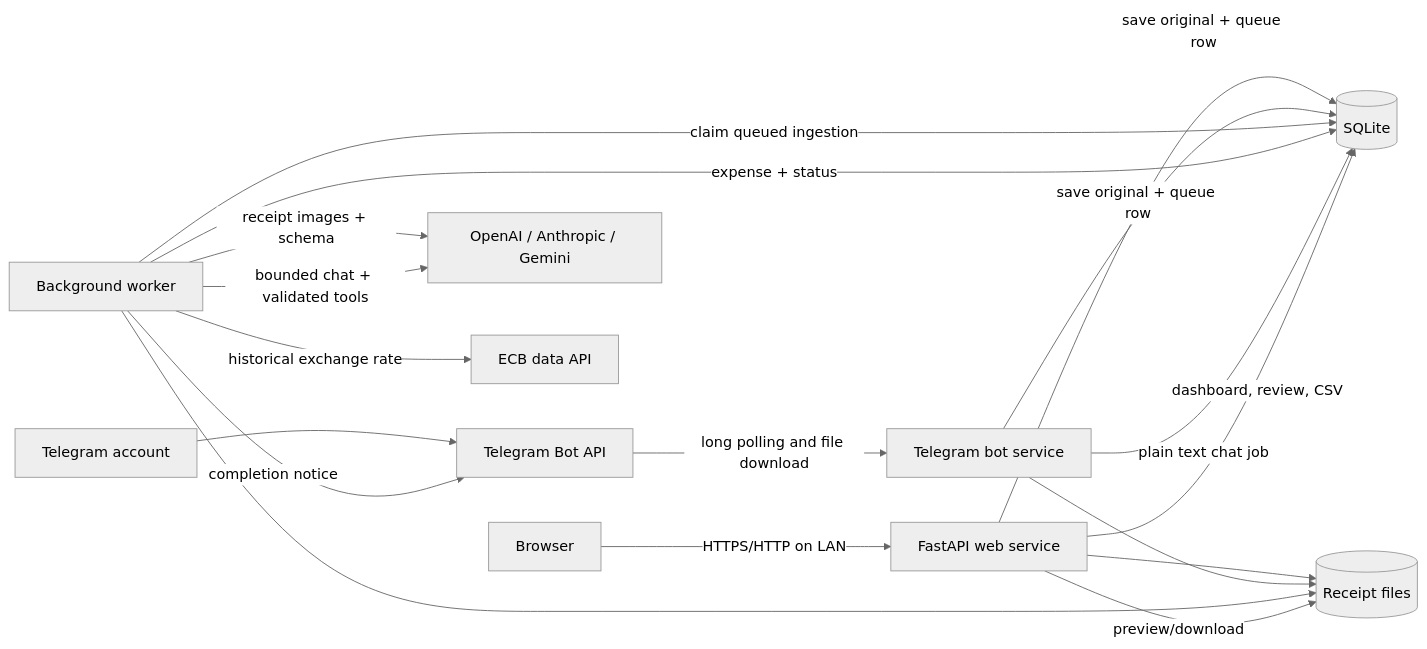
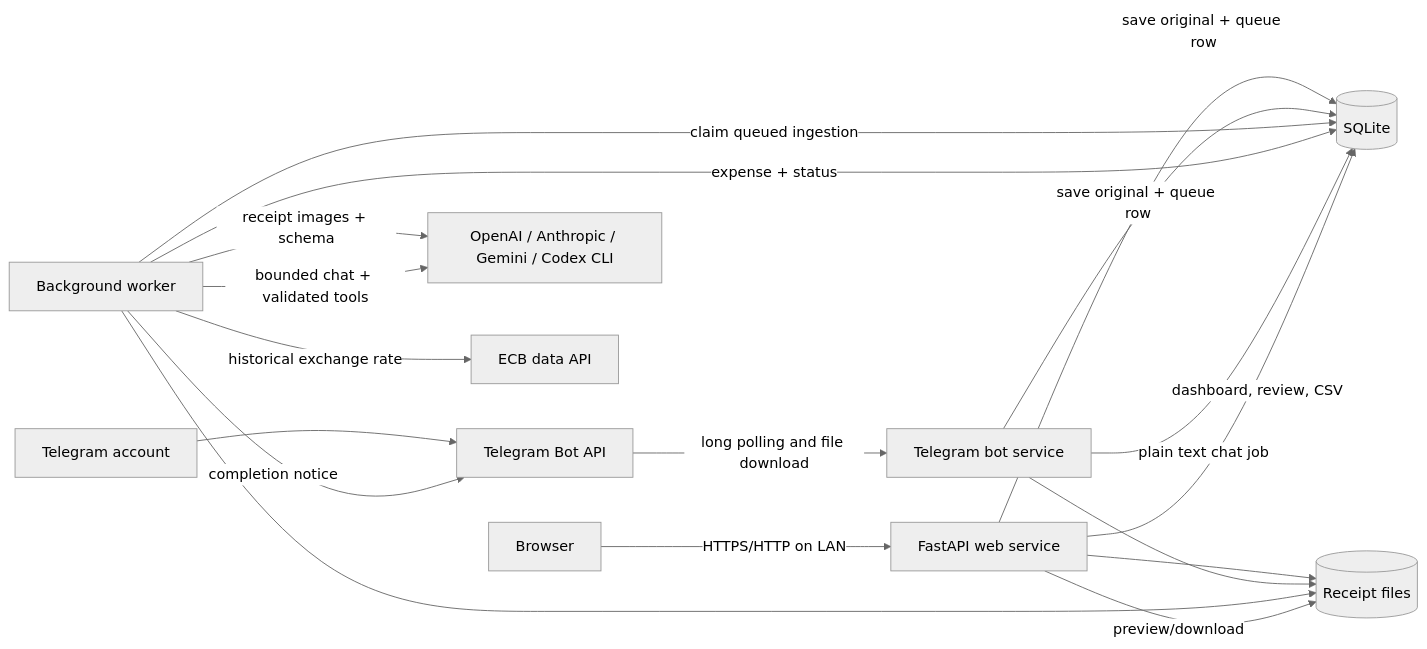
Before and after one commit to Flecart/spendloom: the diagram in docs/architecture.md, drawn with Mermaid (neutral theme). The commit also changed other lines of this file and 17 other files, not shown here.

Commit message:
Add ChatGPT subscription provider via Codex CLI

````diff
--- a/docs/architecture.md
+++ b/docs/architecture.md
@@ -7,23 +7,23 @@
 ```mermaid
 flowchart LR
     User[Browser] -->|HTTPS/HTTP on LAN| Web[FastAPI web service]
     TGUser[Telegram account] --> TG[Telegram Bot API]
     TG -->|long polling and file download| Bot[Telegram bot service]
 
     Web -->|save original + queue row| DB[(SQLite)]
     Web --> Files[(Receipt files)]
     Bot -->|save original + queue row| DB
     Bot --> Files
 
     Worker[Background worker] -->|claim queued ingestion| DB
     Worker --> Files
-    Worker -->|receipt images + schema| AI[OpenAI / Anthropic / Gemini]
+    Worker -->|receipt images + schema| AI[OpenAI / Anthropic / Gemini / Codex CLI]
     Worker -->|historical exchange rate| ECB[ECB data API]
     Worker -->|expense + status| DB
     Bot -->|plain text chat job| DB
     Worker -->|bounded chat + validated tools| AI
 
     Web -->|dashboard, review, CSV| DB
     Web -->|preview/download| Files
     Worker -->|completion notice| TG
 ```
````
